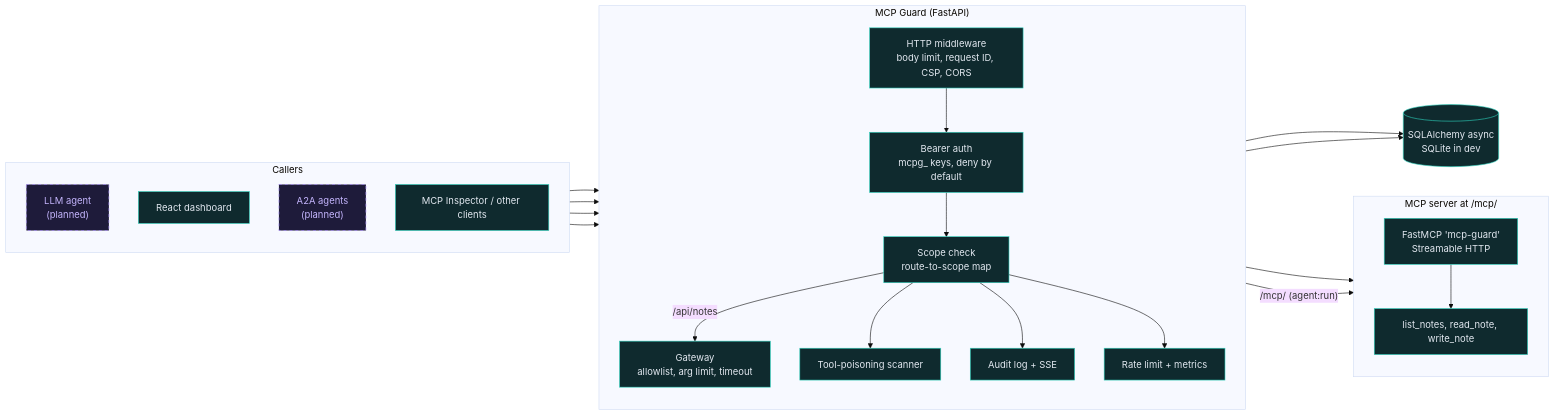
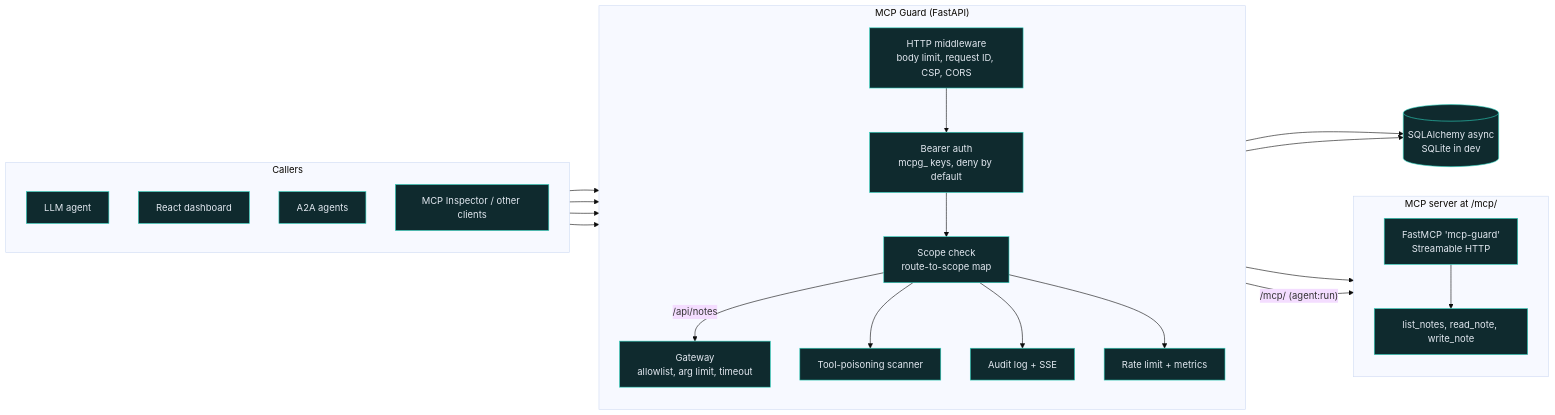
The first of 3 diagrams in README.md (aneek22112007-tech/mcp-a2a-secure), drawn with Mermaid (base theme) before and after one commit. The commit also changed other lines of this file and 8 other files, not shown here.

````diff
--- a/README.md
+++ b/README.md
@@ -28,48 +28,46 @@
 ```mermaid
 flowchart LR
     subgraph CALLERS["Callers"]
         direction TB
-        AG["LLM agent<br/>(planned)"]
+        AG["LLM agent"]
         UI["React dashboard"]
-        A2A["A2A agents<br/>(planned)"]
+        A2A["A2A agents"]
         INS["MCP Inspector / other clients"]
     end
 
     subgraph CORE["MCP Guard (FastAPI)"]
         direction TB
         MW["HTTP middleware<br/>body limit, request ID, CSP, CORS"]
         AUTH["Bearer auth<br/>mcpg_ keys, deny by default"]
         SC["Scope check<br/>route-to-scope map"]
         GW["Gateway<br/>allowlist, arg limit, timeout"]
         SCAN["Tool-poisoning scanner"]
         AUD["Audit log + SSE"]
         RL["Rate limit + metrics"]
     end
 
     subgraph TOOLS["MCP server at /mcp/"]
         direction TB
         MCP["FastMCP 'mcp-guard'<br/>Streamable HTTP"]
         T1["list_notes, read_note, write_note"]
     end
 
     DB[("SQLAlchemy async<br/>SQLite in dev")]
 
     AG --> MW
     UI --> MW
     A2A --> MW
     INS --> MW
     MW --> AUTH --> SC
     SC -->|"/api/notes"| GW --> MCP
     SC -->|"/mcp/ (agent:run)"| MCP
     MCP --> T1
     SC --> SCAN
     SC --> AUD
     SC --> RL
     AUTH --> DB
     AUD --> DB
 
     classDef built fill:#0f2a2e,stroke:#2dd4bf,color:#e2e8f0
-    classDef planned fill:#1e1b3a,stroke:#a78bfa,color:#c4b5fd,stroke-dasharray:5 5
-    class MW,AUTH,SC,GW,MCP,T1,UI,INS,DB,AUD,SCAN,RL built
-    class AG,A2A planned
+    class MW,AUTH,SC,GW,MCP,T1,UI,INS,DB,AUD,SCAN,RL,AG,A2A built
 ```
````
